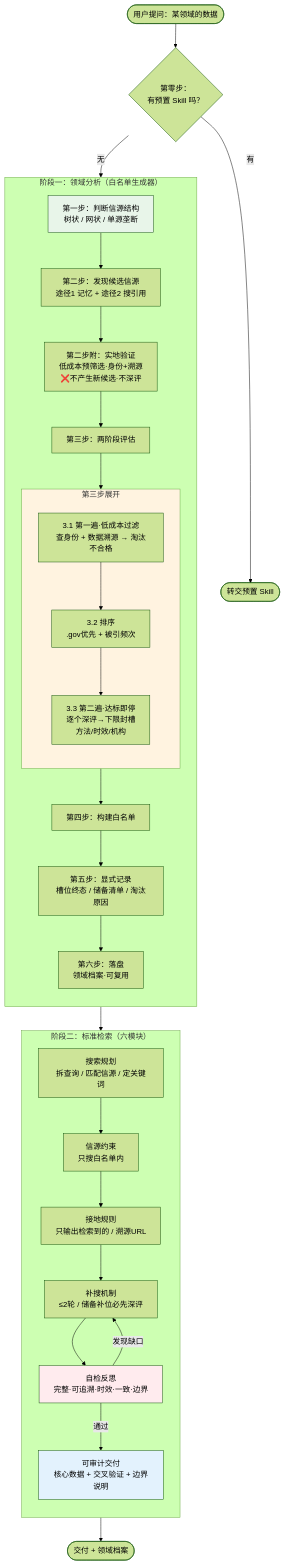
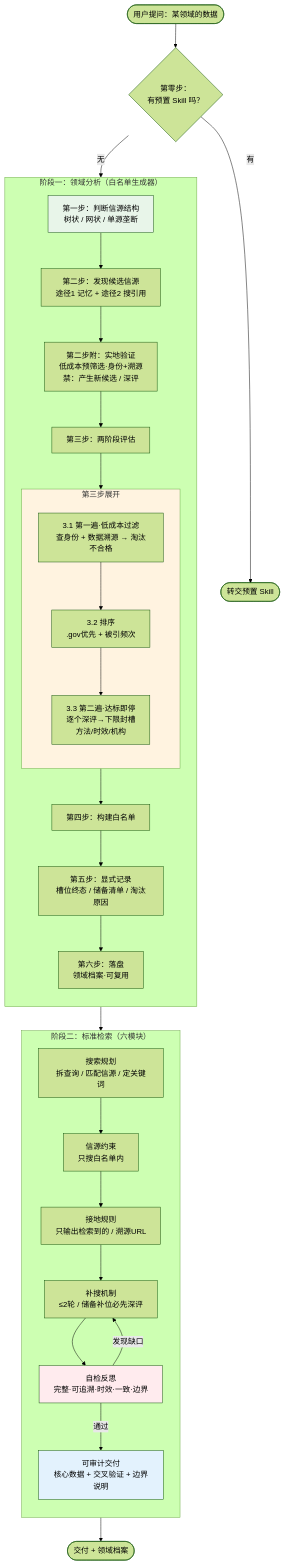
The diagram in 可信检索搭建/架构图.md (paperpoon-lang/trusted-retrieval-skills), drawn with Mermaid (forest theme) before and after one commit.

Commit message:
fix: 架构图emoji→纯文本（❌可能导致渲染失败）

````diff
--- a/可信检索搭建/架构图.md
+++ b/可信检索搭建/架构图.md
@@ -3,49 +3,49 @@
 ```mermaid
 flowchart TD
     Q([用户提问：某领域的数据])
     
     Q --> STEP0{第零步：<br/>有预置 Skill 吗？}
     STEP0 -->|有| EXIT([转交预置 Skill])
     STEP0 -->|无| P1
     
     subgraph PHASE1["阶段一：领域分析（白名单生成器）"]
         direction TB
         P1[第一步：判断信源结构<br/>树状 / 网状 / 单源垄断]
         P1 --> P2[第二步：发现候选信源<br/>途径1 记忆 + 途径2 搜引用]
-        P2 --> P2B[第二步附：实地验证<br/>低成本预筛选·身份+溯源<br/>❌不产生新候选·不深评]
+        P2 --> P2B[第二步附：实地验证<br/>低成本预筛选·身份+溯源<br/>禁：产生新候选 / 深评]
         P2B --> P3[第三步：两阶段评估]
         
         subgraph EVAL["第三步展开"]
             direction TB
             E1[3.1 第一遍·低成本过滤<br/>查身份 + 数据溯源 → 淘汰不合格]
             E1 --> E2[3.2 排序<br/>.gov优先 + 被引频次]
             E2 --> E3[3.3 第二遍·达标即停<br/>逐个深评→下限封槽<br/>方法/时效/机构]
         end
         
         P3 --> EVAL
         EVAL --> P4[第四步：构建白名单]
         P4 --> P5[第五步：显式记录<br/>槽位终态 / 储备清单 / 淘汰原因]
         P5 --> P6[第六步：落盘<br/>领域档案·可复用]
     end
     
     PHASE1 --> PHASE2
     
     subgraph PHASE2["阶段二：标准检索（六模块）"]
         direction TB
         S1[搜索规划<br/>拆查询 / 匹配信源 / 定关键词]
         S1 --> S2[信源约束<br/>只搜白名单内]
         S2 --> S3[接地规则<br/>只输出检索到的 / 溯源URL]
         S3 --> S4[补搜机制<br/>≤2轮 / 储备补位必先深评]
         S4 --> S5[自检反思<br/>完整·可追溯·时效·一致·边界]
         
         S5 -->|发现缺口| S4
         S5 -->|通过| S6[可审计交付<br/>核心数据 + 交叉验证 + 边界说明]
     end
     
     S6 --> Z([交付 + 领域档案])
     
     style P1 fill:#e8f5e9
     style EVAL fill:#fff3e0
     style S5 fill:#ffebee
     style S6 fill:#e3f2fd
 ```
````
